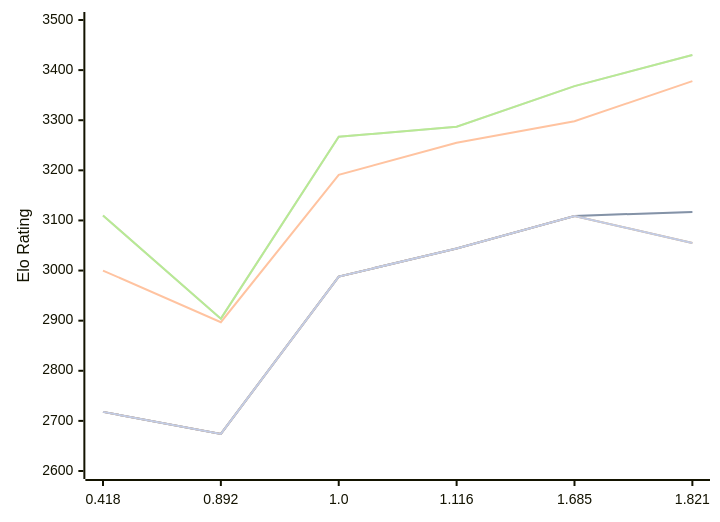
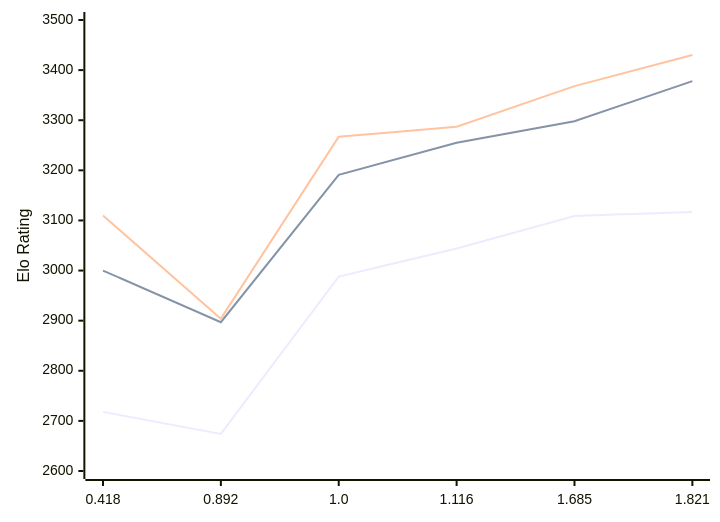
One commit to computer-chess-index/cci changed the diagram in engines/Malika.md. Above: the diagram before and after it, drawn with Mermaid. The commit also changed other lines of this file, not shown here.

````diff
--- a/engines/Malika.md
+++ b/engines/Malika.md
@@ -52,13 +52,9 @@
 ```mermaid
 %%{init: {"theme":"base","themeVariables":{"seriesColors:['#a3a3a3','#222221','#faa371']}}}%%
 xychart-beta
   x-axis ["0.418", "0.892", "1.0", "1.116", "1.685", "1.821"]
   y-axis "Elo Rating" 2600 --> 3500
-  line "" [2718, 2674, 2988, 3044, 3109, 3117]
   line "T1: STC (8.0+0.08s)" [2718, 2674, 2988, 3044, 3109, 3117]
   line "T1: LTC (60.0+0.60s)" [3000, 2897, 3191, 3255, 3298, 3378]
-  line "" [3110, 2904, 3267, 3287, 3368, 3430]
   line "T1: VLTC (2m24s+1.12s)" [3110, 2904, 3267, 3287, 3368, 3430]
-  line "" [2718, 2674, 2988, 3044, 3109,3055]
-  line "E1: STC (8.0+0.08s)" [2718, 2674, 2988, 3044, 3109,3055]
 ```
````
